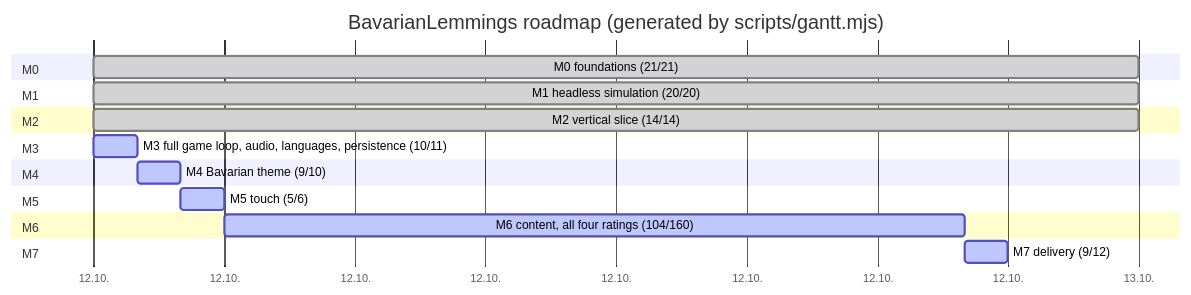
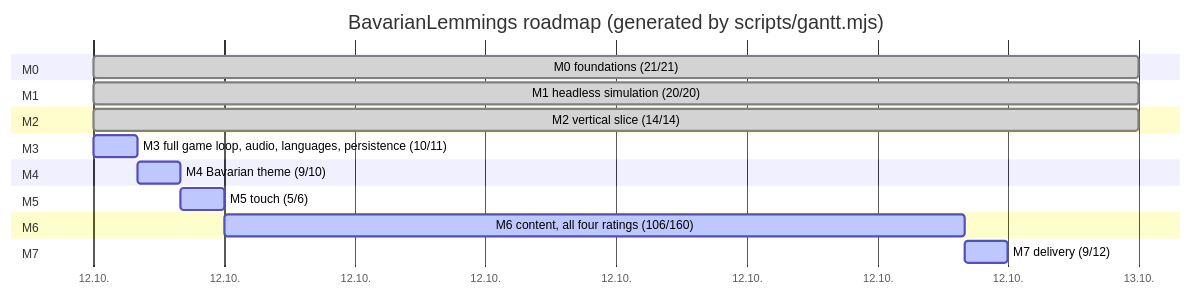
One commit to marcelpetrick/BavarianLemmings changed the diagram in plan.md. Above: the diagram before and after it, drawn with Mermaid. The commit also changed other lines of this file and 10 other files, not shown here.

````diff
--- a/plan.md
+++ b/plan.md
@@ -43,22 +43,22 @@
 ```mermaid
 gantt
     title BavarianLemmings roadmap (generated by scripts/gantt.mjs)
     dateFormat  YYYY-MM-DD
     axisFormat  %d.%m.
     section M0
     M0 foundations (21/21) :done, m0, 2026-10-12, 1d
     section M1
     M1 headless simulation (20/20) :done, m1, 2026-10-12, 1d
     section M2
     M2 vertical slice (14/14) :done, m2, 2026-10-12, 1d
     section M3
     M3 full game loop, audio, languages, persistence (10/11) :active, m3, 2026-10-12, 1h
     section M4
     M4 Bavarian theme (9/10) :active, m4, after m3, 1h
     section M5
     M5 touch (5/6) :active, m5, after m4, 1h
     section M6
-    M6 content, all four ratings (104/160) :active, m6, after m5, 17h
+    M6 content, all four ratings (106/160) :active, m6, after m5, 17h
     section M7
     M7 delivery (9/12) :active, m7, after m6, 1h
 ```
````
